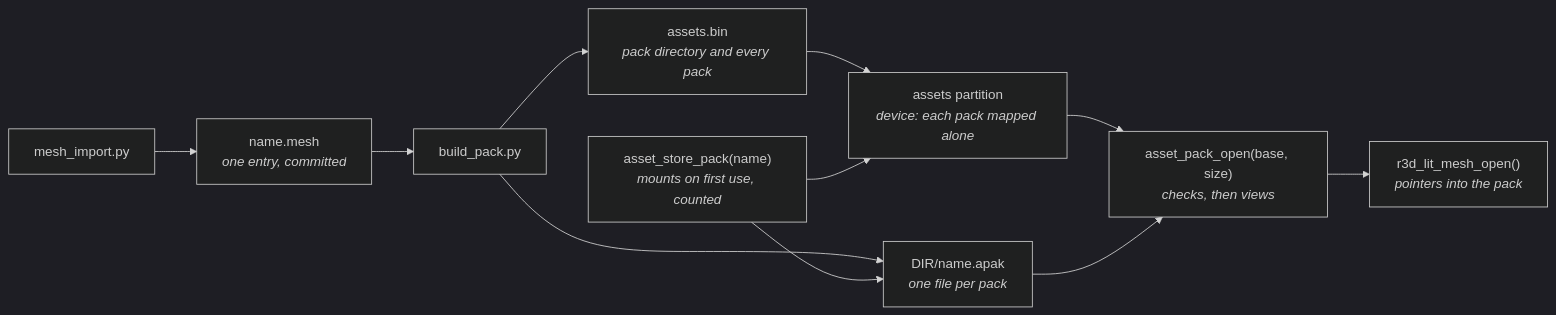
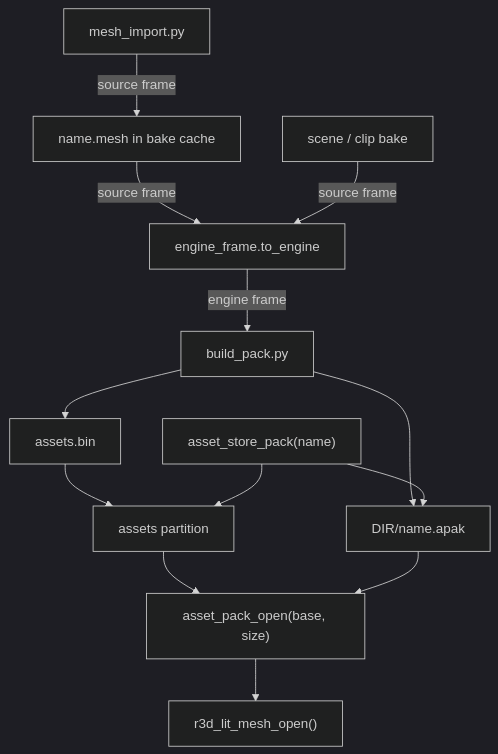
Before and after one commit to jose-villegas/autana: the diagram in docs/assets/README.md, drawn with Mermaid (dark theme). The commit also changed 30 other files, not shown here.

First line of the commit message:
render: one handedness - the engine frame is left-handed +z forward; assets convert once at the pack (#809)

````diff
--- a/docs/assets/README.md
+++ b/docs/assets/README.md
@@ -10,13 +10,15 @@
 ```mermaid
-flowchart LR
-    Import["mesh_import.py"] --> Entry["name.mesh<br/><i>one entry, committed</i>"]
-    Entry --> Build["build_pack.py"]
-    Build --> Files["DIR/name.apak<br/><i>one file per pack</i>"]
-    Build --> Image["assets.bin<br/><i>pack directory and every pack</i>"]
-    Image --> Flash["assets partition<br/><i>device: each pack mapped alone</i>"]
-    Store["asset_store_pack(name)<br/><i>mounts on first use, counted</i>"] --> Flash
+flowchart TB
+    Import["mesh_import.py"] -->|source frame| Entry["name.mesh in bake cache"]
+    Entry -->|source frame| Mirror["engine_frame.to_engine"]
+    Authored["scene / clip bake"] -->|source frame| Mirror
+    Mirror -->|engine frame| Build["build_pack.py"]
+    Build --> Files["DIR/name.apak"]
+    Build --> Image["assets.bin"]
+    Image --> Flash["assets partition"]
+    Store["asset_store_pack(name)"] --> Flash
     Store --> Files
-    Flash --> Open["asset_pack_open(base, size)<br/><i>checks, then views</i>"]
+    Flash --> Open["asset_pack_open(base, size)"]
     Files --> Open
-    Open --> View["r3d_lit_mesh_open()<br/><i>pointers into the pack</i>"]
+    Open --> View["r3d_lit_mesh_open()"]
 ```
````
